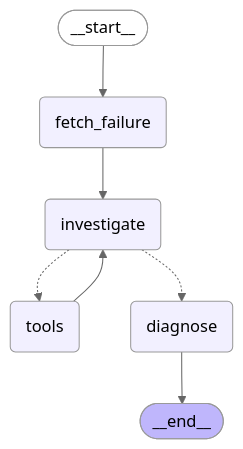
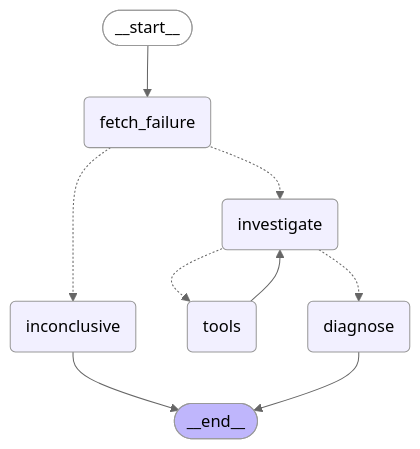
The diagram in README.md (KUNDAN1334/TraceCI), drawn with Mermaid (neutral theme) before and after one commit. The commit also changed other lines of this file, not shown here.

````diff
--- a/README.md
+++ b/README.md
@@ -69,18 +136,21 @@
 ```mermaid
 graph TD;
-	__start__([__start__]):::first
-	fetch_failure(fetch_failure)
-	investigate(investigate)
-	tools(tools)
-	diagnose(diagnose)
-	__end__([__end__]):::last
-	__start__ --> fetch_failure;
-	fetch_failure --> investigate;
-	investigate -.-> diagnose;
-	investigate -.-> tools;
-	tools --> investigate;
-	diagnose --> __end__;
-	classDef default fill:#f2f0ff,line-height:1.2
-	classDef first fill-opacity:0
-	classDef last fill:#bfb6fc
+    __start__([__start__]):::first
+    fetch_failure(fetch_failure)
+    inconclusive(inconclusive)
+    investigate(investigate)
+    tools(tools)
+    diagnose(diagnose)
+    __end__([__end__]):::last
+    __start__ --> fetch_failure;
+    fetch_failure -.-> investigate;
+    fetch_failure -.-> inconclusive;
+    investigate -.-> diagnose;
+    investigate -.-> tools;
+    tools --> investigate;
+    inconclusive --> __end__;
+    diagnose --> __end__;
+    classDef default fill:#f2f0ff,line-height:1.2
+    classDef first fill-opacity:0
+    classDef last fill:#bfb6fc
 ```
````
